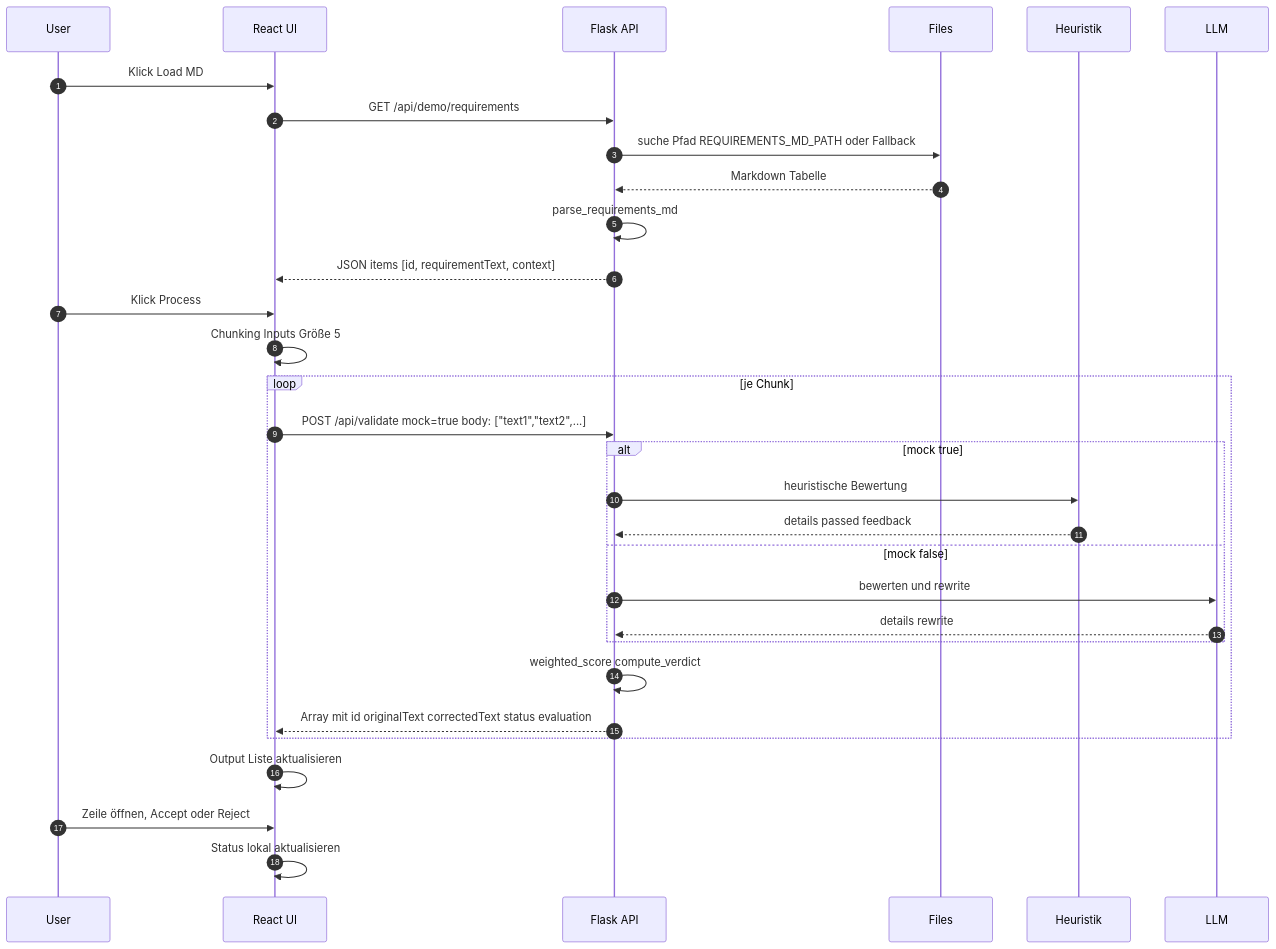
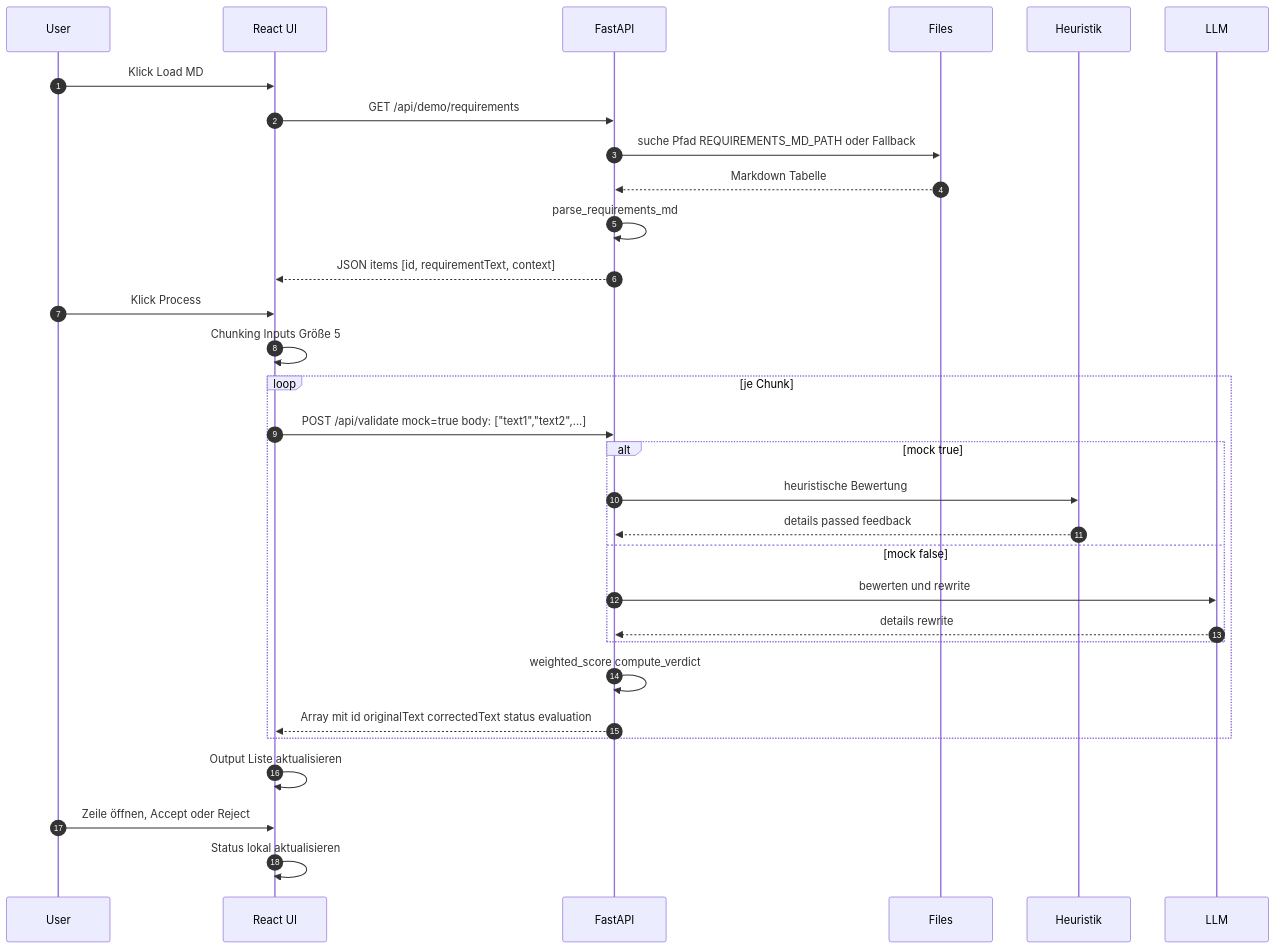
One commit to Flissel/-req-orchestrator changed the second of 2 diagrams in docs/backend/DEMO.md. Above: the diagram before and after it, drawn with Mermaid. The commit also changed other lines of this file and 18 other files, not shown here.

````diff
--- a/docs/backend/DEMO.md
+++ b/docs/backend/DEMO.md
@@ -51,35 +51,35 @@
 ```mermaid
 sequenceDiagram
   autonumber
   participant U as User
   participant UI as React UI
-  participant API as Flask API
+  participant API as FastAPI
   participant FS as Files
   participant HEU as Heuristik
 
   U ->> UI: Klick Load MD
   UI ->> API: GET /api/demo/requirements
   API ->> FS: suche Pfad REQUIREMENTS_MD_PATH oder Fallback
   FS -->> API: Markdown Tabelle
   API ->> API: parse_requirements_md
   API -->> UI: JSON items [id, requirementText, context]
 
   U ->> UI: Klick Process
   UI ->> UI: Chunking Inputs Größe 5
   loop je Chunk
     UI ->> API: POST /api/validate mock=true body: ["text1","text2",...]
     alt mock true
       API ->> HEU: heuristische Bewertung
       HEU -->> API: details passed feedback
     else mock false
       API ->> LLM: bewerten und rewrite
       LLM -->> API: details rewrite
     end
     API ->> API: weighted_score compute_verdict
     API -->> UI: Array mit id originalText correctedText status evaluation
   end
 
   UI ->> UI: Output Liste aktualisieren
   U ->> UI: Zeile öffnen, Accept oder Reject
   UI ->> UI: Status lokal aktualisieren
 ```
````
